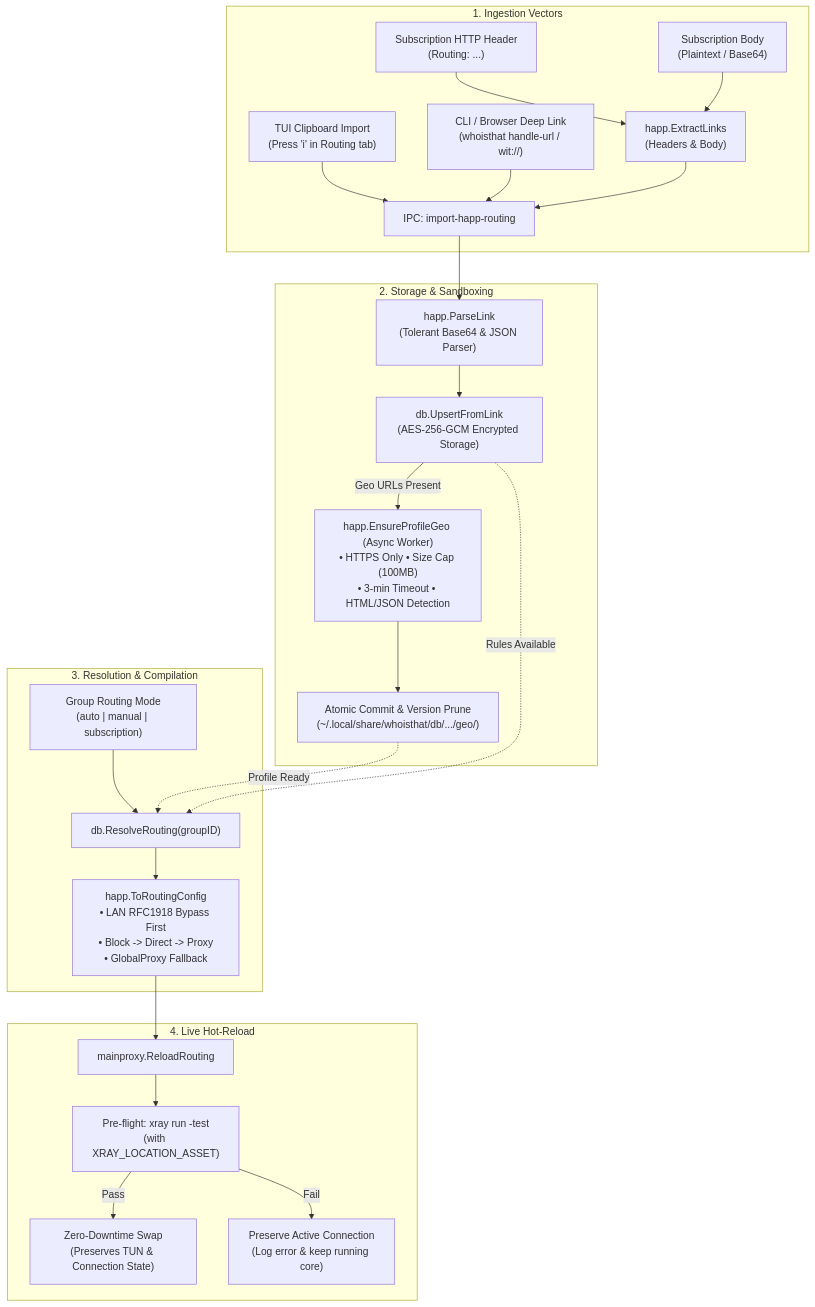
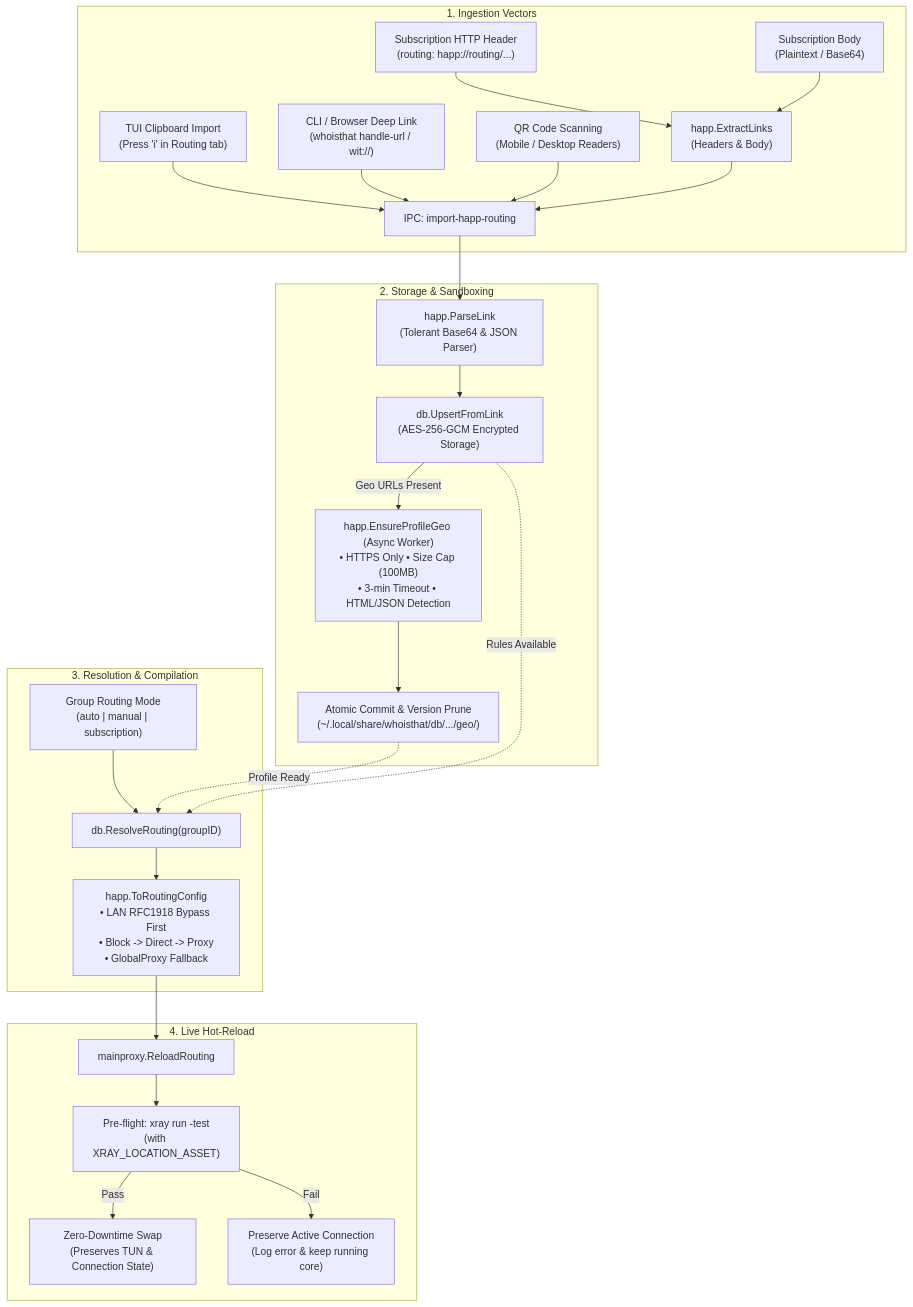
One commit to kvunoff/whoisthat changed the first of 4 diagrams in docs/networking/happ-routing.md. Above: the diagram before and after it, drawn with Mermaid. The commit also changed other lines of this file and 1 other file, not shown here.

Commit message:
docs: expand core routing technology principles and clarify Happ format specs

````diff
--- a/docs/networking/happ-routing.md
+++ b/docs/networking/happ-routing.md
@@ -13,32 +13,33 @@
 ```mermaid
 flowchart TD
     subgraph Ingestion["1. Ingestion Vectors"]
-        A1["Subscription HTTP Header\n(Routing: ...)"] --> B["happ.ExtractLinks\n(Headers & Body)"]
+        A1["Subscription HTTP Header\n(routing: happ://routing/...)"] --> B["happ.ExtractLinks\n(Headers & Body)"]
         A2["Subscription Body\n(Plaintext / Base64)"] --> B
         A3["TUI Clipboard Import\n(Press 'i' in Routing tab)"] --> C["IPC: import-happ-routing"]
         A4["CLI / Browser Deep Link\n(whoisthat handle-url / wit://)"] --> C
+        A5["QR Code Scanning\n(Mobile / Desktop Readers)"] --> C
     end
 
     B --> C
     C --> D["happ.ParseLink\n(Tolerant Base64 & JSON Parser)"]
 
     subgraph Core["2. Storage & Sandboxing"]
         D --> E["db.UpsertFromLink\n(AES-256-GCM Encrypted Storage)"]
         E -->|Geo URLs Present| F["happ.EnsureProfileGeo (Async Worker)\n• HTTPS Only • Size Cap (100MB)\n• 3-min Timeout • HTML/JSON Detection"]
         F --> G["Atomic Commit & Version Prune\n(~/.local/share/whoisthat/db/.../geo/)"]
     end
 
     subgraph Resolution["3. Resolution & Compilation"]
         H["Group Routing Mode\n(auto | manual | subscription)"] --> I["db.ResolveRouting(groupID)"]
         G -.->|Profile Ready| I
         E -.->|Rules Available| I
         I --> J["happ.ToRoutingConfig\n• LAN RFC1918 Bypass First\n• Block -> Direct -> Proxy\n• GlobalProxy Fallback"]
     end
 
     subgraph Runtime["4. Live Hot-Reload"]
         J --> K["mainproxy.ReloadRouting"]
         K --> L["Pre-flight: xray run -test\n(with XRAY_LOCATION_ASSET)"]
         L -->|Pass| M["Zero-Downtime Swap\n(Preserves TUN & Connection State)"]
         L -->|Fail| N["Preserve Active Connection\n(Log error & keep running core)"]
     end
 ```
````
